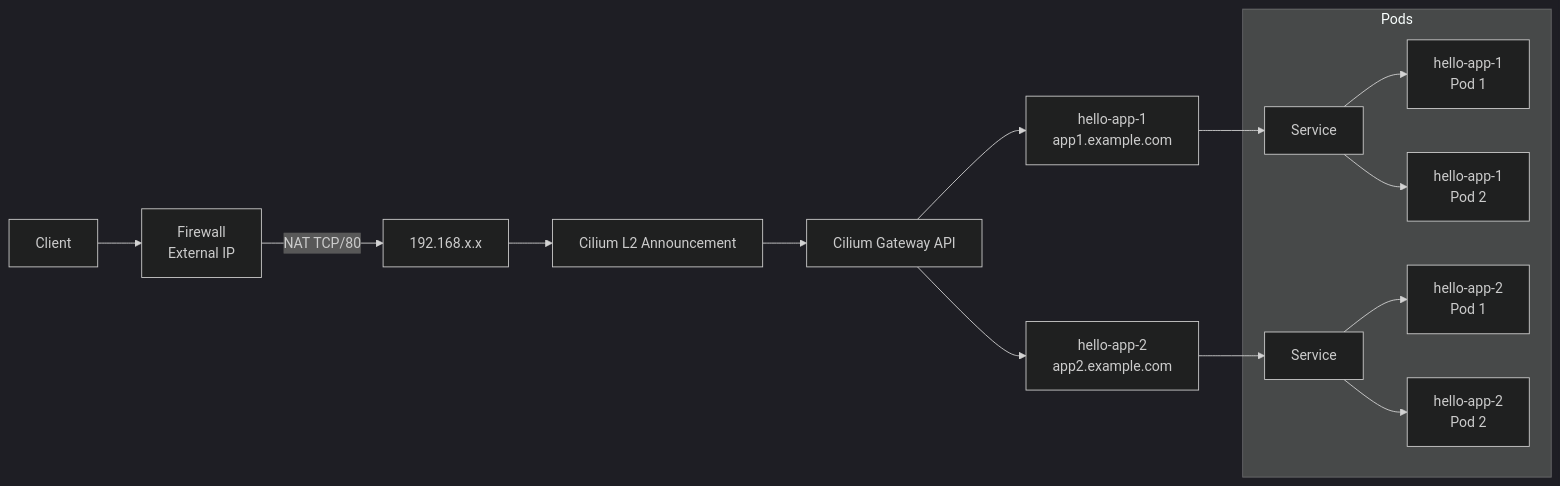
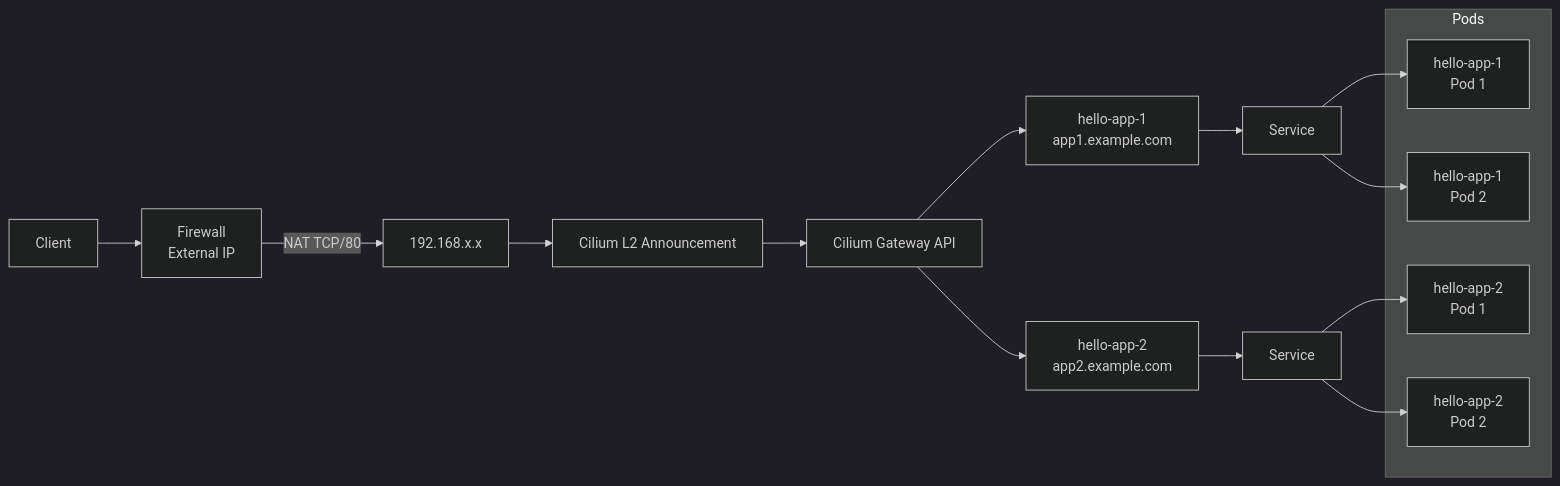
One commit to previder/kubernetes-examples changed the diagram in Cilium-LB-IPAM/Cilium-Gateway-API-with-LB-IPAM-and-L2-Announcement.md. Above: the diagram before and after it, drawn with Mermaid (dark theme).

````diff
--- a/Cilium-LB-IPAM/Cilium-Gateway-API-with-LB-IPAM-and-L2-Announcement.md
+++ b/Cilium-LB-IPAM/Cilium-Gateway-API-with-LB-IPAM-and-L2-Announcement.md
@@ -25,21 +25,25 @@
 ```mermaid
 flowchart LR
     Client --> Firewall["Firewall <br/>External IP"]
     Firewall -->|NAT TCP/80| IP["192.168.x.x"]
     IP --> L2["Cilium L2 Announcement"]
     L2 --> Gateway["Cilium Gateway API"]
 
     Gateway --> App1["hello-app-1 <br/>app1.example.com"]
     Gateway --> App2["hello-app-2 <br/>app2.example.com"]
 
     App1 --> Service1["Service"]
     App2 --> Service2["Service"]
 
 subgraph Pods
-    Service1 --> Pod1["hello-app-1 <br/>Pod 1"]
-    Service1 --> Pod2["hello-app-1 <br/>Pod 2"]
+    Pod1["hello-app-1 <br/>Pod 1"]
+    Pod2["hello-app-1 <br/>Pod 2"]
+    Pod3["hello-app-2 <br/>Pod 1"]
+    Pod4["hello-app-2 <br/>Pod 2"]
+end
 
-    Service2 --> Pod3["hello-app-2 <br/>Pod 1"]
-    Service2 --> Pod4["hello-app-2 <br/>Pod 2"]
-end
+    Service1 --> Pod1
+    Service1 --> Pod2
+    Service2 --> Pod3
+    Service2 --> Pod4
 ```
````
